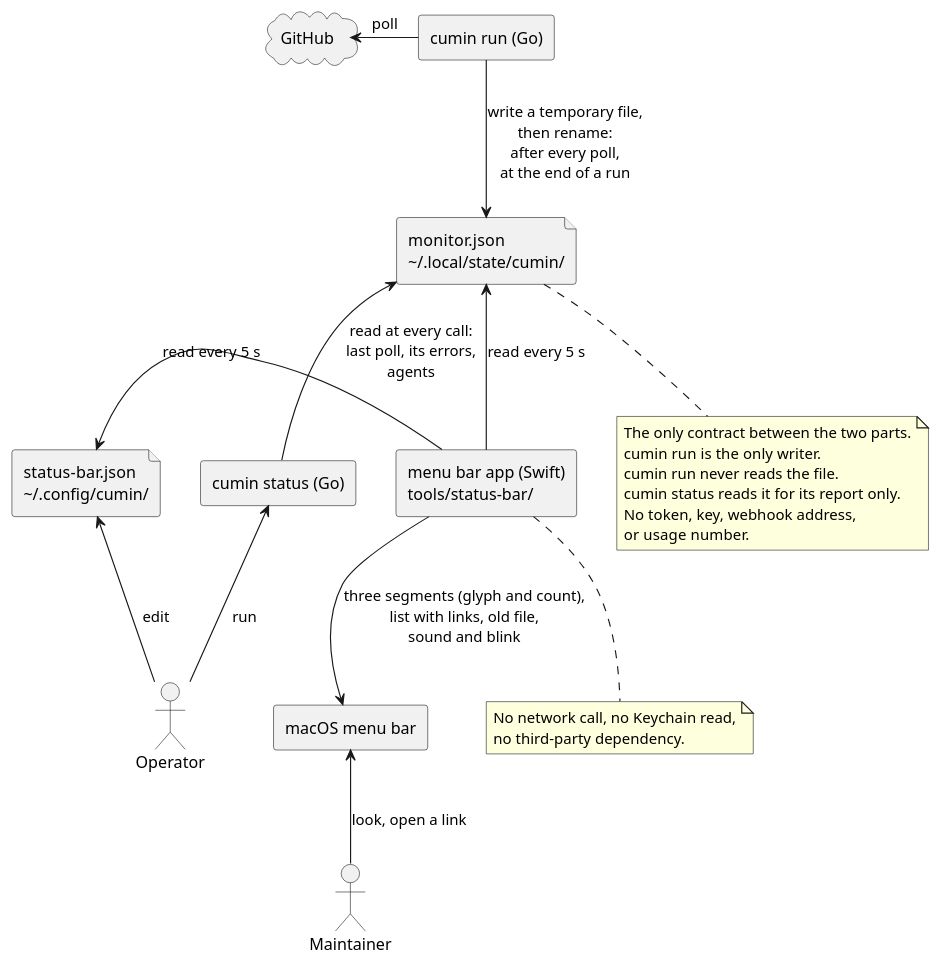
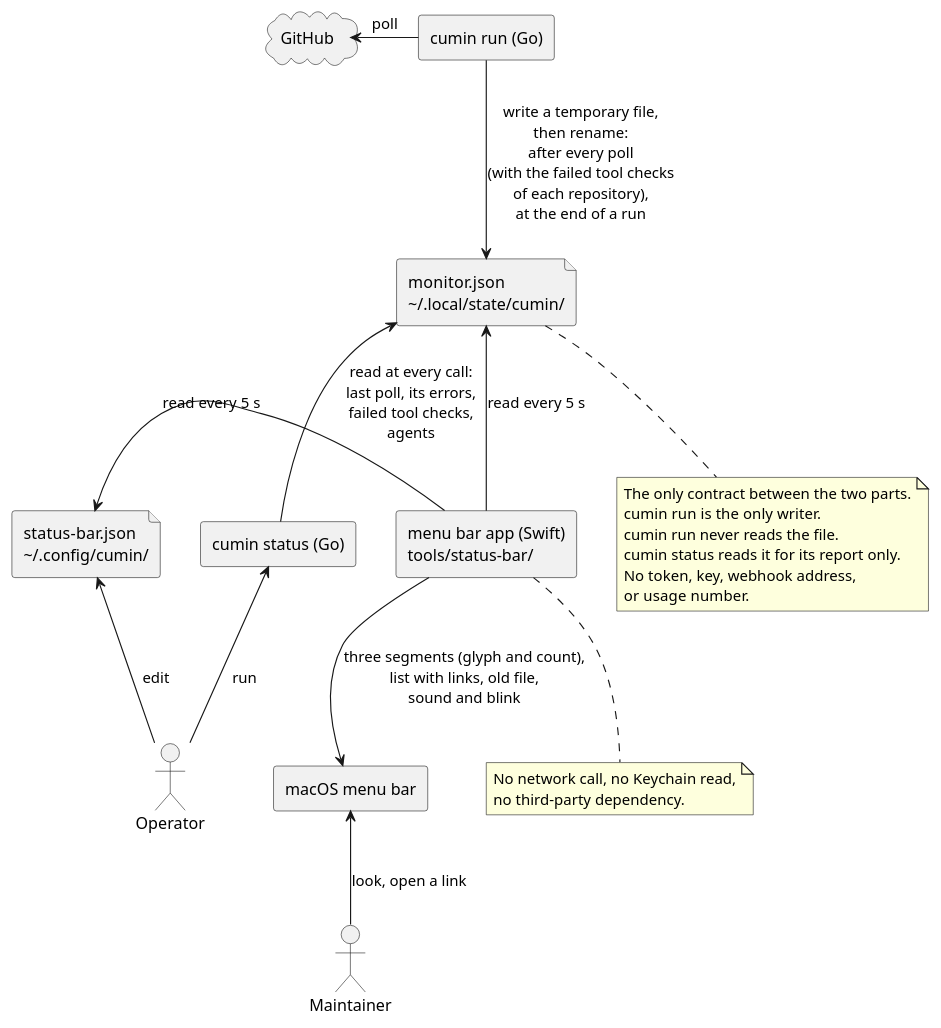
Before and after one commit to cloveclovedev/cumin-works: the diagram in docs/ja/designs/status-menu-bar.puml, drawn with PlantUML. The commit also changed 16 other files, not shown here.

First line of the commit message:
feat(status): show the failed tool checks in cumin status (#787)

```diff
--- a/docs/ja/designs/status-menu-bar.puml
+++ b/docs/ja/designs/status-menu-bar.puml
@@ -1,42 +1,42 @@
 @startuml status-menu-bar
 ' cumin works - the monitor file and the menu bar app: cumin run writes the file, the app and cumin status only read it.
 ' Document: status-menu-bar.md, topic on the two parts and the contract.
 ' Render: run scripts/render-diagrams.sh at the root of the repository.
 skinparam shadowing false
 skinparam defaultFontName sans-serif
 
 actor Maintainer
 actor Operator
 cloud "GitHub" as github
 
 rectangle "cumin run (Go)" as run
 file "monitor.json\n&#126;/.local/state/cumin/" as status
 file "status-bar.json\n&#126;/.config/cumin/" as config
 rectangle "menu bar app (Swift)\ntools/status-bar/" as app
 rectangle "macOS menu bar" as bar
 rectangle "cumin status (Go)" as statuscmd
 
 run -left-> github : poll
-run --> status : write a temporary file,\nthen rename:\nafter every poll,\nat the end of a run
+run --> status : write a temporary file,\nthen rename:\nafter every poll\n(with the failed tool checks\nof each repository),\nat the end of a run
 app -up-> status : read every 5 s
-statuscmd -up-> status : read at every call:\nlast poll, its errors,\nagents
+statuscmd -up-> status : read at every call:\nlast poll, its errors,\nfailed tool checks,\nagents
 Operator -up-> statuscmd : run
 app -left-> config : read every 5 s
 app --> bar : three segments (glyph and count),\nlist with links, old file,\nsound and blink
 Maintainer -up-> bar : look, open a link
 Operator -up-> config : edit
 
 note bottom of status
   The only contract between the two parts.
   cumin run is the only writer.
   cumin run never reads the file.
   cumin status reads it for its report only.
   No token, key, webhook address,
   or usage number.
 end note
 
 note bottom of app
   No network call, no Keychain read,
   no third-party dependency.
 end note
 @enduml
```
